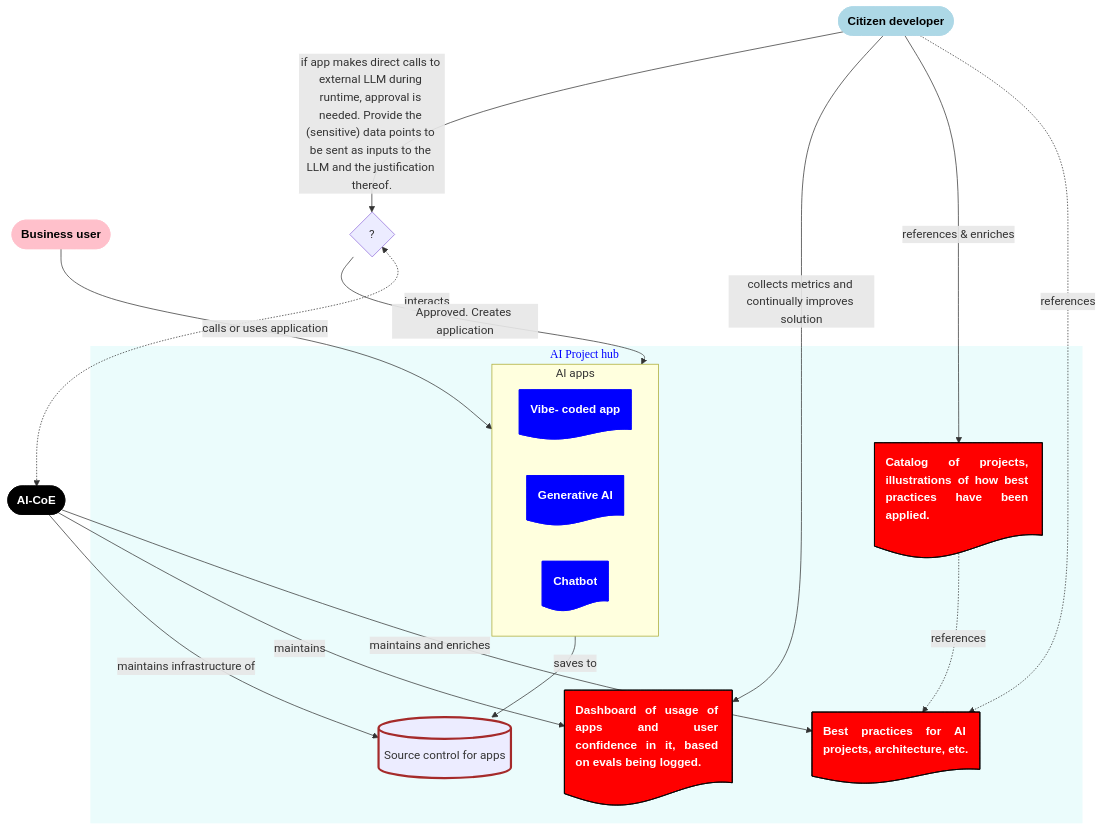
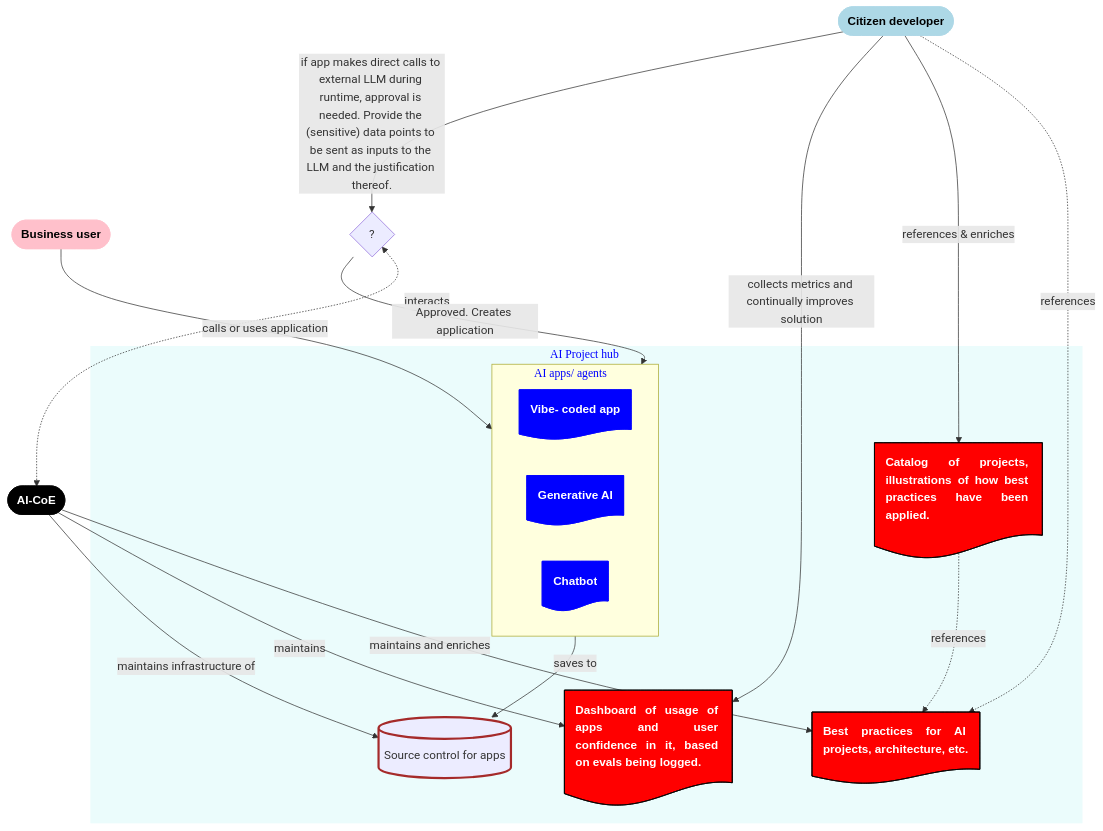
One commit to DuttaSoumya/AI-Architecture changed the third of 5 diagrams in README.md. Above: the diagram before and after it, drawn with Mermaid. The commit also changed other lines of this file, not shown here.

````diff
--- a/README.md
+++ b/README.md
@@ -284,54 +296,55 @@
 ``` mermaid
 flowchart
     CitizenDev([Citizen developer])
     class CitizenDev User_CTZ
     BizUser([Business user])
     class BizUser User_BIZ
     CoE([AI-CoE])
     class CoE User_COE
 
     subgraph AIProject[AI Project hub]
-        subgraph Apps[AI apps]
+        subgraph Apps[AI apps/ agents]
             VibeCodedApp@{ shape: doc, label: "**Vibe- coded app**" }
             class VibeCodedApp AiApps
             LLMProj@{ shape: doc, label: "**Generative AI**" }
             class LLMProj AiApps
             Chatbot@{ shape: doc, label: "**Chatbot**" }
             class Chatbot AiApps
         end;
+        style Apps color:blue, font-family:Fantasy, Trebuchet MS
         AppCatalog@{ shape: doc, label: "Catalog of projects, illustrations of how best practices have been applied." }
         class AppCatalog AiArtifacts
         AppMetrics@{ shape: doc, label: "Dashboard of usage of apps and user confidence in it, based on evals being logged." }
         class AppMetrics AiArtifacts
         SourceControl@{ shape: cyl, label: "Source control for apps" }
         class SourceControl Database
         BestPractices@{ shape: doc, label: "Best practices for AI projects, architecture, etc." }
         class BestPractices AiArtifacts
 
         AppCatalog -. references .-> BestPractices
         Apps -- saves to --> SourceControl
     end;
     style AIProject stroke:None, fill:#ebfcfc, color:blue, font-family:Fantasy, Trebuchet MS
 
     CitizenDev -. references .-> BestPractices 
     CitizenDev -- references & enriches --> AppCatalog 
     CitizenDev -- collects metrics and continually improves solution --> AppMetrics
 
     ExternalLLMNeeded@{ shape: diamond, label: "?" }
     CitizenDev -- if app makes direct calls to external LLM during runtime, approval is needed. Provide the (sensitive) data points to be sent as inputs to the LLM and the justification thereof. --> ExternalLLMNeeded
     ExternalLLMNeeded <-. interacts .-> CoE
     ExternalLLMNeeded -- Approved. Creates application --> Apps
 
     BizUser -- calls or uses application --> Apps 
 
     CoE -- maintains and enriches --> BestPractices
     CoE -- maintains --> AppMetrics 
     CoE -- maintains infrastructure of --> SourceControl
 
     classDef AiArtifacts stroke: Black, fill: Red, color: White, font-family: Arial, font-weight: bold, text-align:justify, text-justify:inter-word
     classDef AiApps stroke: Blue, fill: Blue, color: White, font-family: Arial, font-weight: bold, text-align:justify, text-justify:inter-word
     classDef Database stroke: Brown, stroke-width: 3px, text-align:justify, text-justify:inter-word
     classDef User_CTZ stroke:LightBlue, fill:LightBlue, font-family:Arial, color:Black, font-weight:Bold
     classDef User_BIZ stroke:Pink, fill:Pink, font-family:Arial, color:Black, font-weight:Bold
     classDef User_COE stroke:Black, fill:Black, color: White, font-family:Arial, font-weight:Bold
 ```
````
